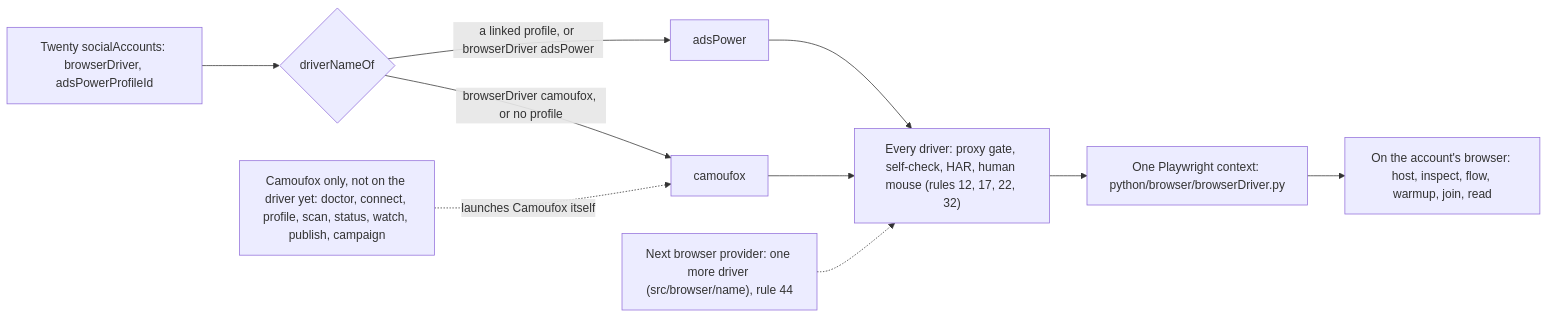
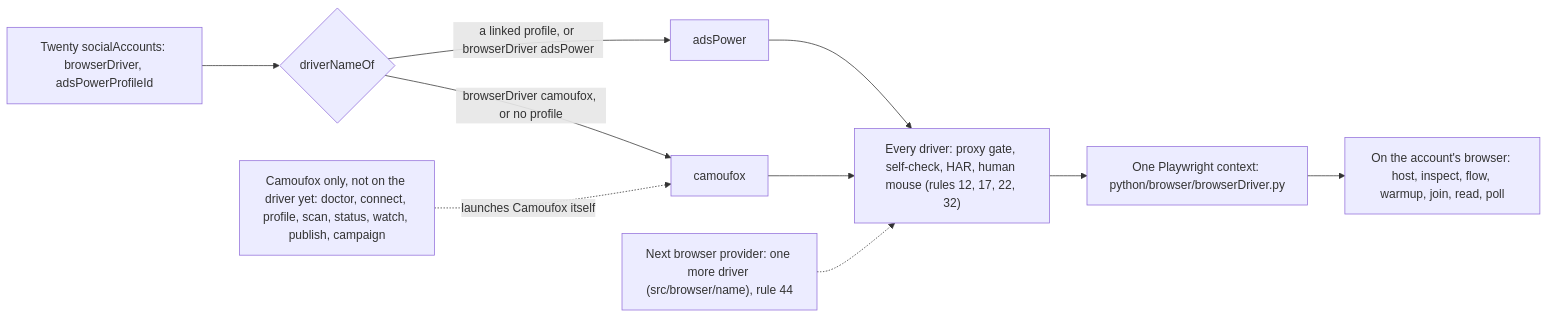
The first of 5 diagrams in README.md (matthewdonsemail-lab/log), drawn with Mermaid before and after one commit. The commit also changed other lines of this file and 349 other files, not shown here.

Commit message:
feat: the platform comes first, log <platform> <command> …, in every command; log facebook poll replaces read --worker (rule 63)

````diff
--- a/README.md
+++ b/README.md
@@ -56,18 +56,18 @@
 ```mermaid
 flowchart LR
   twenty["Twenty socialAccounts: browserDriver, adsPowerProfileId"]
   pick{"driverNameOf"}
   gates["Every driver: proxy gate, self-check, HAR, human mouse (rules 12, 17, 22, 32)"]
   session["One Playwright context: python/browser/browserDriver.py"]
   twenty --> pick
   pick -->|"browserDriver camoufox, or no profile"| d_camoufox["camoufox"]
   pick -->|"a linked profile, or browserDriver adsPower"| d_adsPower["adsPower"]
   d_camoufox --> gates
   d_adsPower --> gates
   more["Next browser provider: one more driver (src/browser/name), rule 44"] -.-> gates
   gates --> session
-  account["On the account's browser: host, inspect, flow, warmup, join, read"]
+  account["On the account's browser: host, inspect, flow, warmup, join, read, poll"]
   camoufox["Camoufox only, not on the driver yet: doctor, connect, profile, scan, status, watch, publish, campaign"]
   session --> account
   camoufox -.->|"launches Camoufox itself"| d_camoufox
 ```
````
